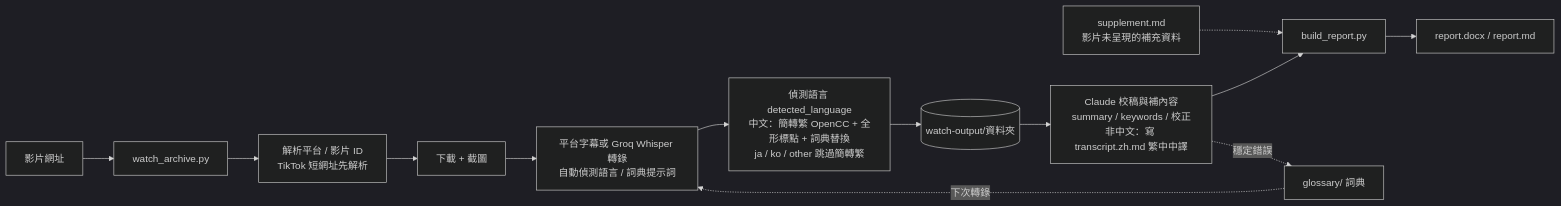
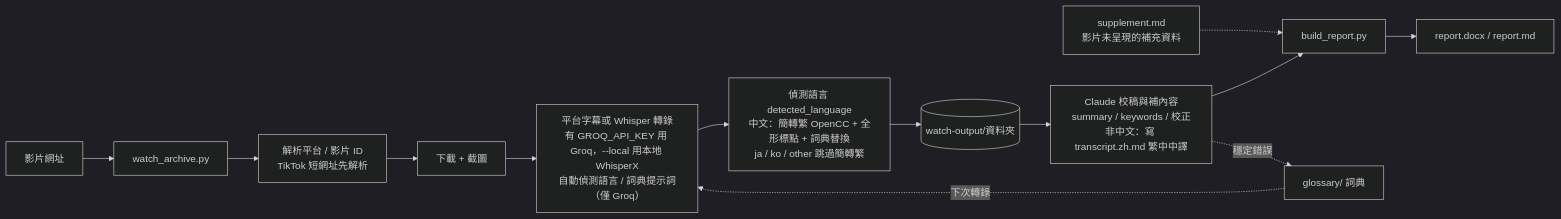
One commit to smlht2005/watch-video changed the diagram in README.md. Above: the diagram before and after it, drawn with Mermaid (dark theme). The commit also changed other lines of this file and 4 other files, not shown here.

First line of the commit message:
watch-archive：有 Groq key 預設用 Groq，--local 切換本地 WhisperX (#9)

````diff
--- a/README.md
+++ b/README.md
@@ -33,15 +36,15 @@
 ```mermaid
 flowchart LR
     A[影片網址] --> B[watch_archive.py]
     B --> B1[解析平台 / 影片 ID<br/>TikTok 短網址先解析]
     B1 --> B2[下載 + 截圖]
-    B2 --> B3[平台字幕或 Groq Whisper 轉錄<br/>自動偵測語言 / 詞典提示詞]
+    B2 --> B3[平台字幕或 Whisper 轉錄<br/>有 GROQ_API_KEY 用 Groq，--local 用本地 WhisperX<br/>自動偵測語言 / 詞典提示詞（僅 Groq）]
     B3 --> B4[偵測語言 detected_language<br/>中文：簡轉繁 OpenCC + 全形標點 + 詞典替換<br/>ja / ko / other 跳過簡轉繁]
     B4 --> C[(watch-output/資料夾)]
     C --> D[Claude 校稿與補內容<br/>summary / keywords / 校正<br/>非中文：寫 transcript.zh.md 繁中中譯]
     S[supplement.md<br/>影片未呈現的補充資料] -.-> E
     D --> E[build_report.py]
     E --> F[report.docx / report.md]
     D -. 穩定錯誤 .-> G[glossary/ 詞典]
     G -. 下次轉錄 .-> B3
 ```
````
